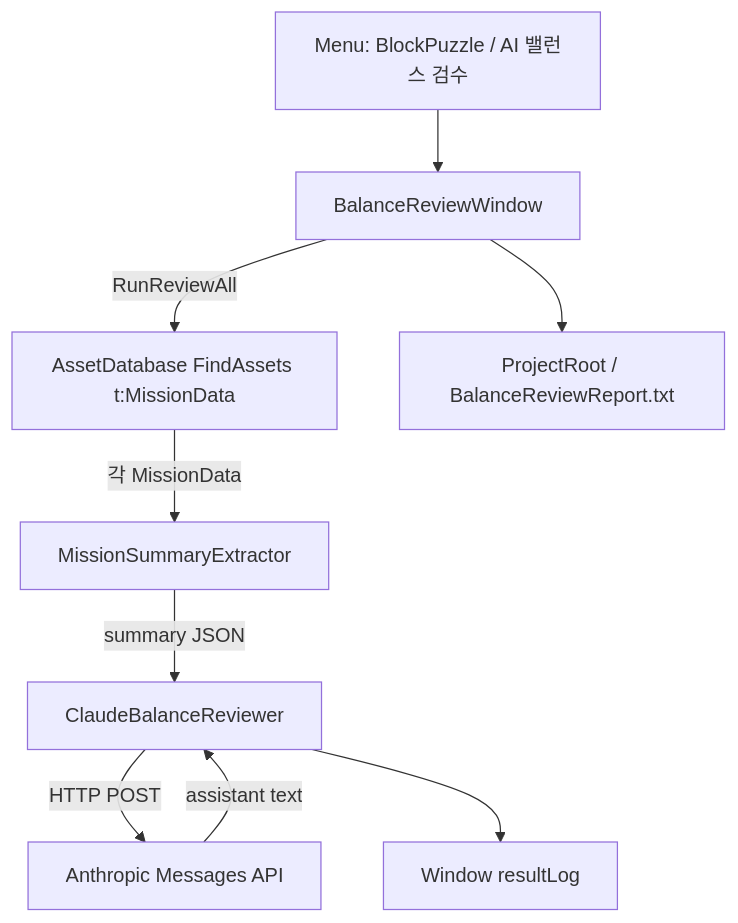
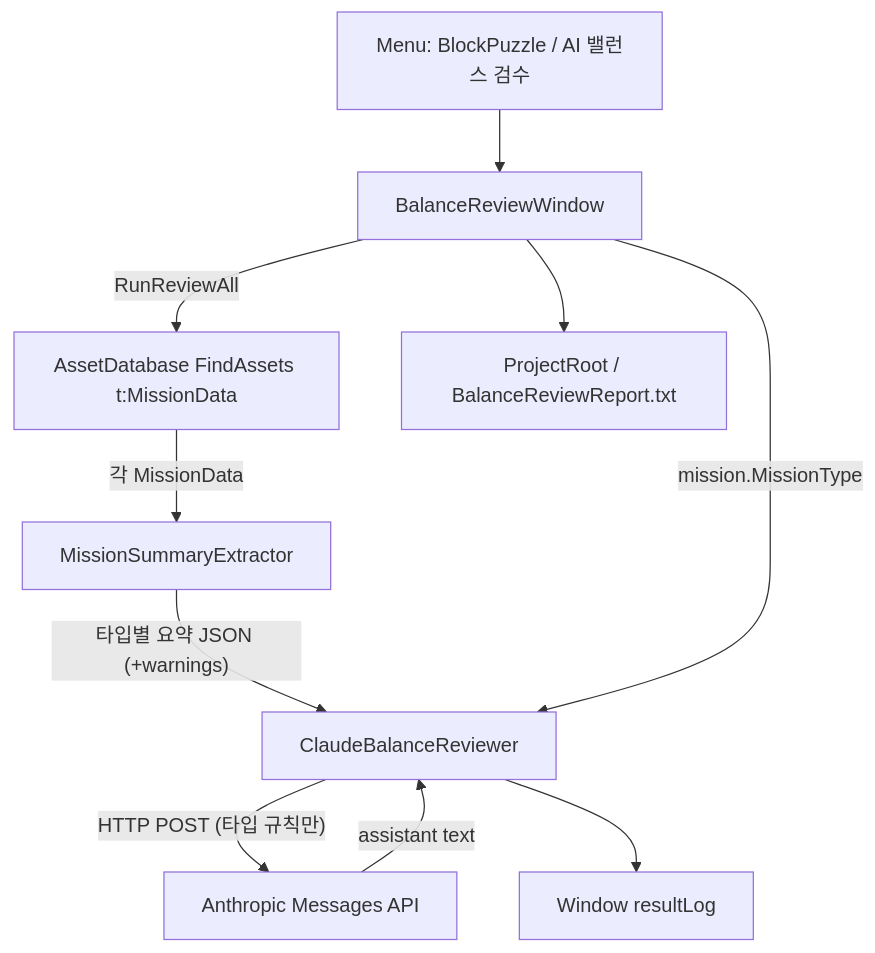
The first of 2 diagrams in docs/diagrams/ai-balance-review.md (chlghksgml01/BlockPuzzle), drawn with Mermaid before and after one commit. The commit also changed other lines of this file and 3 other files, not shown here.

````diff
--- a/docs/diagrams/ai-balance-review.md
+++ b/docs/diagrams/ai-balance-review.md
@@ -17,20 +17,21 @@
 ```mermaid
 flowchart TD
   MENU["Menu: BlockPuzzle / AI 밸런스 검수"]
   WIN[BalanceReviewWindow]
   ADB["AssetDatabase FindAssets t:MissionData"]
   EXT[MissionSummaryExtractor]
   API[ClaudeBalanceReviewer]
   CLAUDE["Anthropic Messages API"]
   LOG[Window resultLog]
   FILE["ProjectRoot / BalanceReviewReport.txt"]
 
   MENU --> WIN
   WIN -->|"RunReviewAll"| ADB
   ADB -->|"각 MissionData"| EXT
-  EXT -->|"summary JSON"| API
-  API -->|"HTTP POST"| CLAUDE
+  EXT -->|"타입별 요약 JSON (+warnings)"| API
+  WIN -->|"mission.MissionType"| API
+  API -->|"HTTP POST (타입 규칙만)"| CLAUDE
   CLAUDE -->|"assistant text"| API
   API --> LOG
   WIN --> FILE
 ```
````
